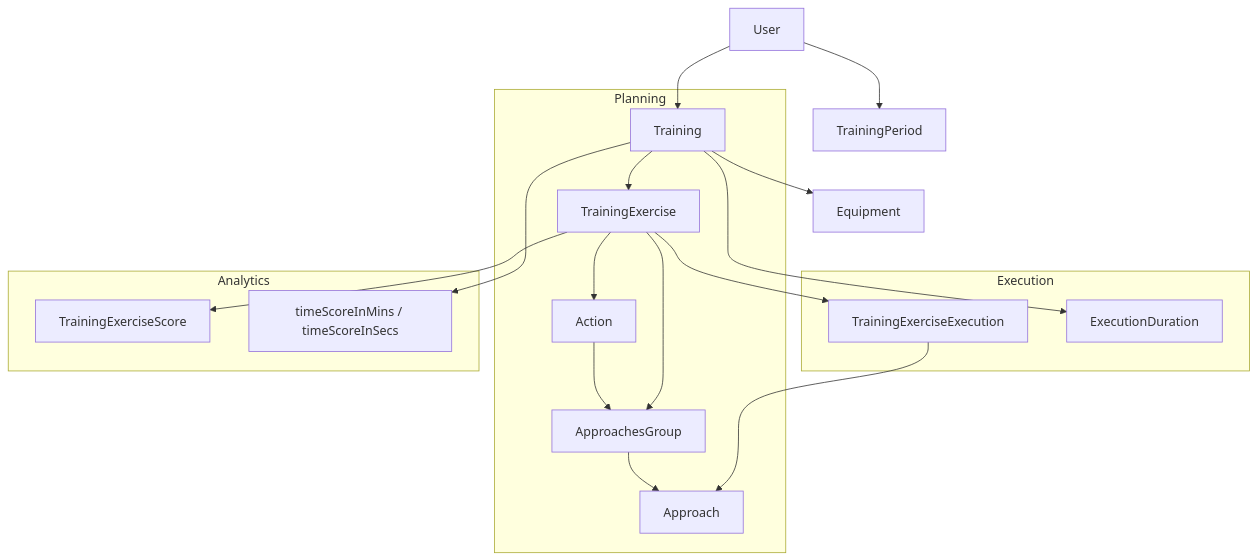
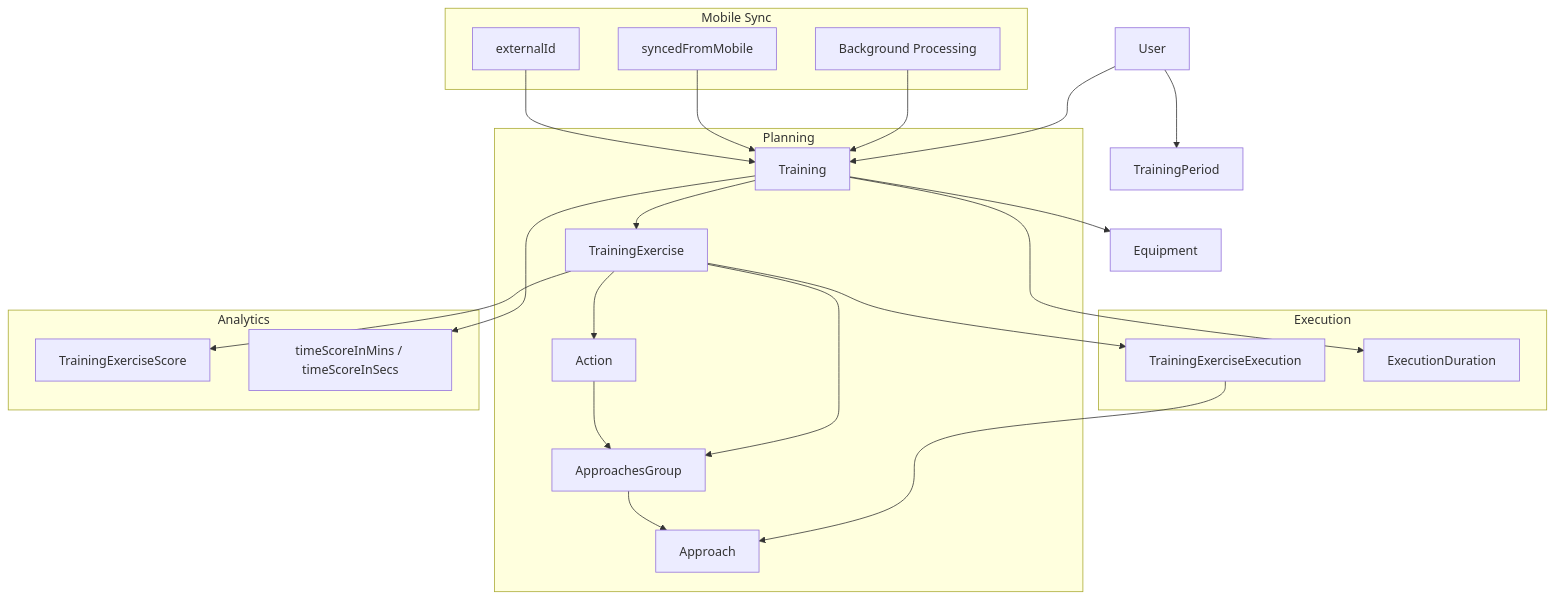
One commit to Dezzpil/meingym changed the second of 7 diagrams in .qoder/repowiki/en/content/Data Model/Data Model.md. Above: the diagram before and after it, drawn with Mermaid. The commit also changed other lines of this file and 5 other files, not shown here.

````diff
--- a/.qoder/repowiki/en/content/Data Model/Data Model.md
+++ b/.qoder/repowiki/en/content/Data Model/Data Model.md
@@ -371,22 +396,27 @@
 ```mermaid
 graph TB
 subgraph "Planning"
 A["Action"] --> AG["ApproachesGroup"]
 AG --> AP["Approach"]
 T["Training"] --> TE["TrainingExercise"]
 TE --> AG
 TE --> A
 end
 subgraph "Execution"
 TE --> EXE["TrainingExerciseExecution"]
 EXE --> AP
 T --> DUR["ExecutionDuration"]
 end
 subgraph "Analytics"
 TE --> SCORE["TrainingExerciseScore"]
 T --> TIME["timeScoreInMins / timeScoreInSecs"]
 end
+subgraph "Mobile Sync"
+EXT["externalId"] --> T
+SYNC["syncedFromMobile"] --> T
+JOB["Background Processing"] --> T
+end
 U["User"] --> T
 U --> P["TrainingPeriod"]
 T --> EQ["Equipment"]
 ```
````
